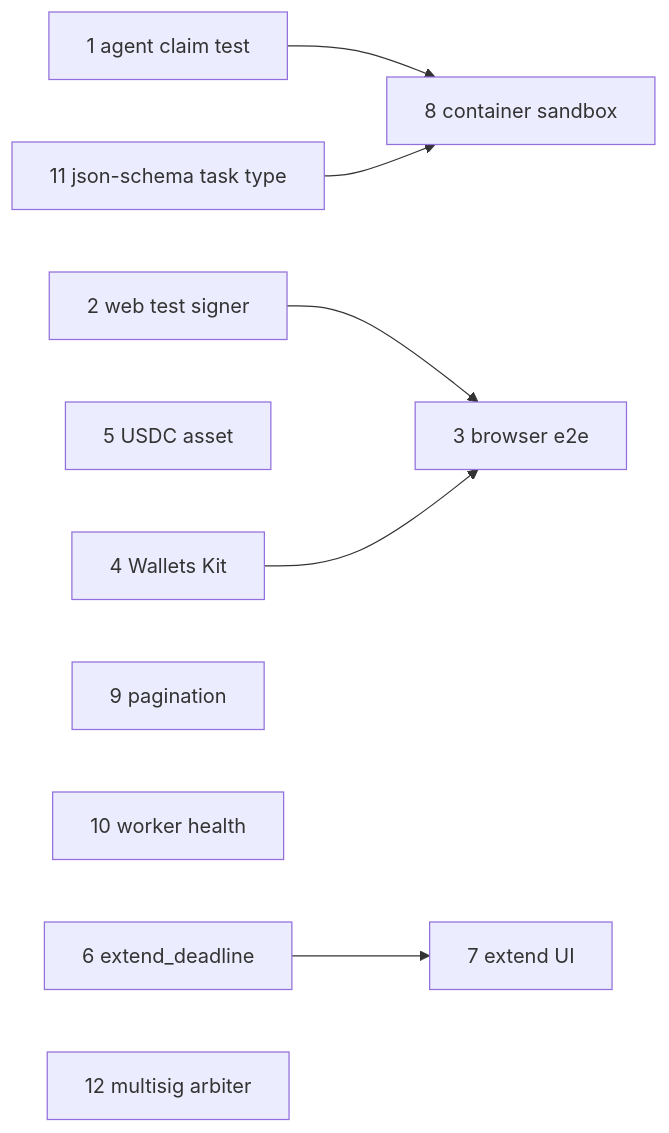
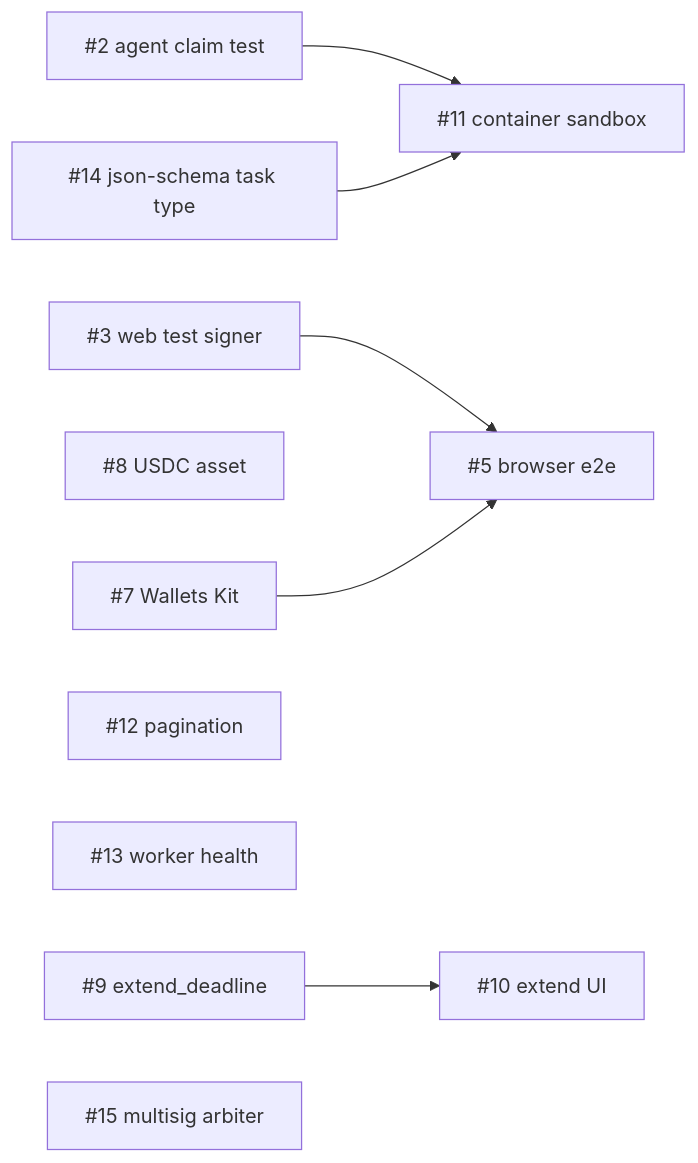
Before and after one commit to Meet-hybrid/agentflow: the diagram in docs/issues-backlog.md, drawn with Mermaid. The commit also changed other lines of this file and 2 other files, not shown here.

````diff
--- a/docs/issues-backlog.md
+++ b/docs/issues-backlog.md
@@ -7,12 +7,12 @@
 ```mermaid
 flowchart LR
-  I1[1 agent claim test] --> I8[8 container sandbox]
-  I2[2 web test signer] --> I3[3 browser e2e]
-  I4[4 Wallets Kit] --> I3
-  I5[5 USDC asset]
-  I6[6 extend_deadline] --> I7[7 extend UI]
-  I9[9 pagination]
-  I10[10 worker health]
-  I11[11 json-schema task type] --> I8
-  I12[12 multisig arbiter]
+  I1[#2 agent claim test] --> I8[#11 container sandbox]
+  I2[#3 web test signer] --> I3[#5 browser e2e]
+  I4[#7 Wallets Kit] --> I3
+  I5[#8 USDC asset]
+  I6[#9 extend_deadline] --> I7[#10 extend UI]
+  I9[#12 pagination]
+  I10[#13 worker health]
+  I11[#14 json-schema task type] --> I8
+  I12[#15 multisig arbiter]
 ```
````
